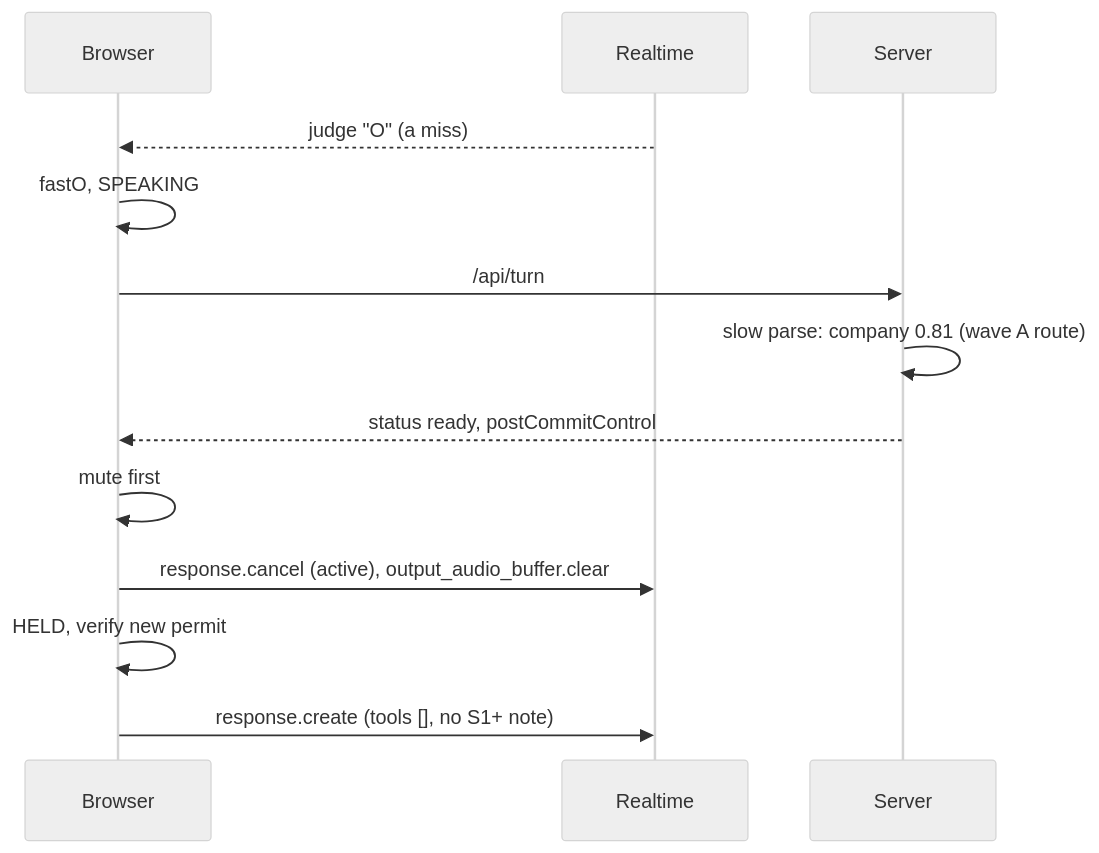
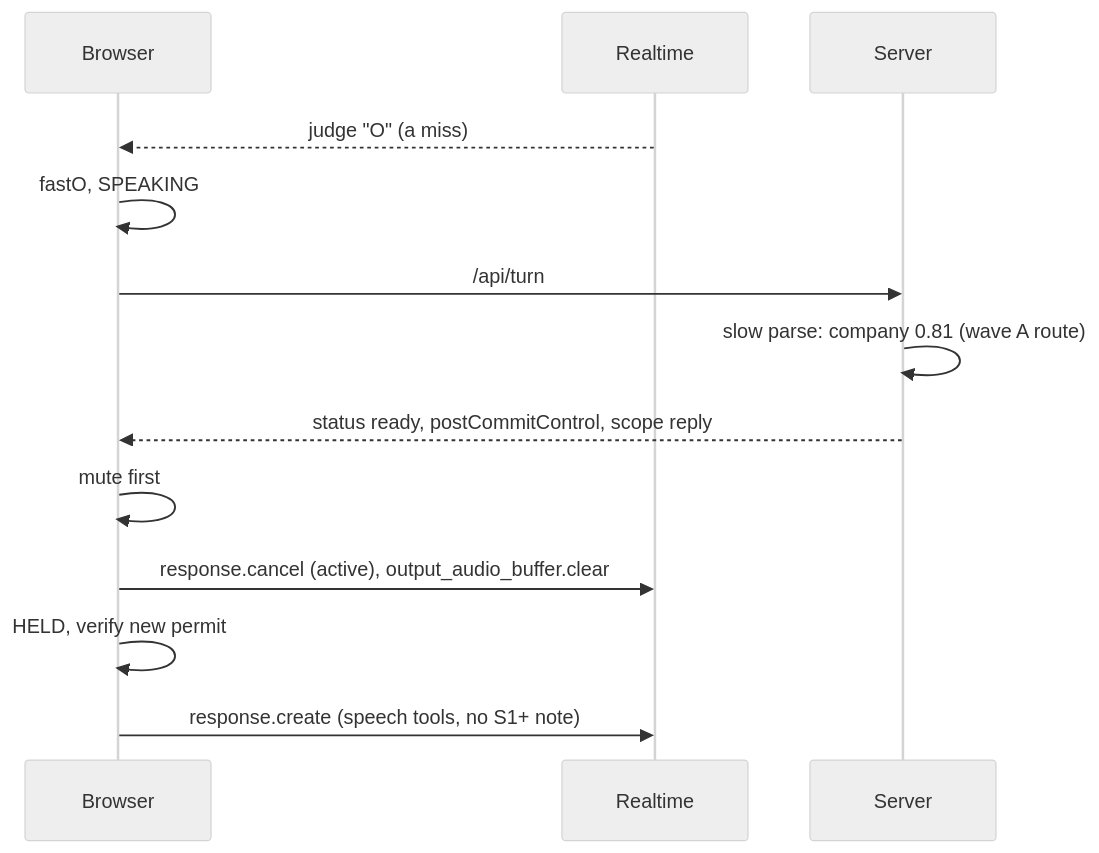
Before and after one commit to OracleOfAggieland/frankirocks: the sixth of 8 diagrams in .kiro/specs/voice-control/design.md, drawn with Mermaid (neutral theme). The commit also changed other lines of this file and 1 other file, not shown here.

First line of the commit message:
spec(voice-control): apply the design review

````diff
--- a/.kiro/specs/voice-control/design.md
+++ b/.kiro/specs/voice-control/design.md
@@ -286,15 +306,15 @@
 ```mermaid
 sequenceDiagram
   participant B as Browser
   participant R as Realtime
   participant S as Server
   R-->>B: judge "O" (a miss)
   B->>B: fastO, SPEAKING
   B->>S: /api/turn
   S->>S: slow parse: company 0.81 (wave A route)
-  S-->>B: status ready, postCommitControl
+  S-->>B: status ready, postCommitControl, scope reply
   B->>B: mute first
   B->>R: response.cancel (active), output_audio_buffer.clear
   B->>B: HELD, verify new permit
-  B->>R: response.create (tools [], no S1+ note)
+  B->>R: response.create (speech tools, no S1+ note)
 ```
````
